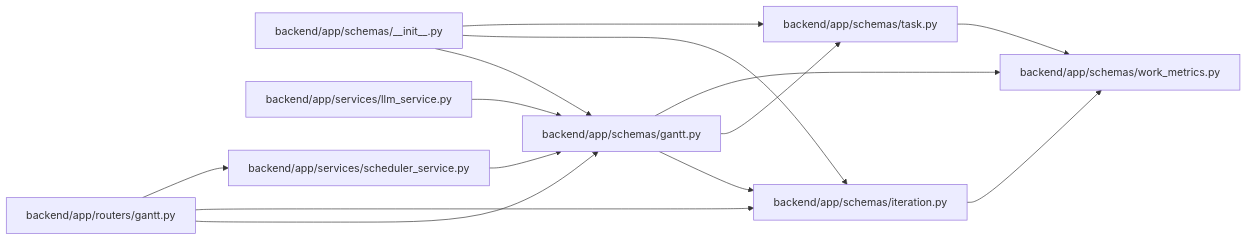
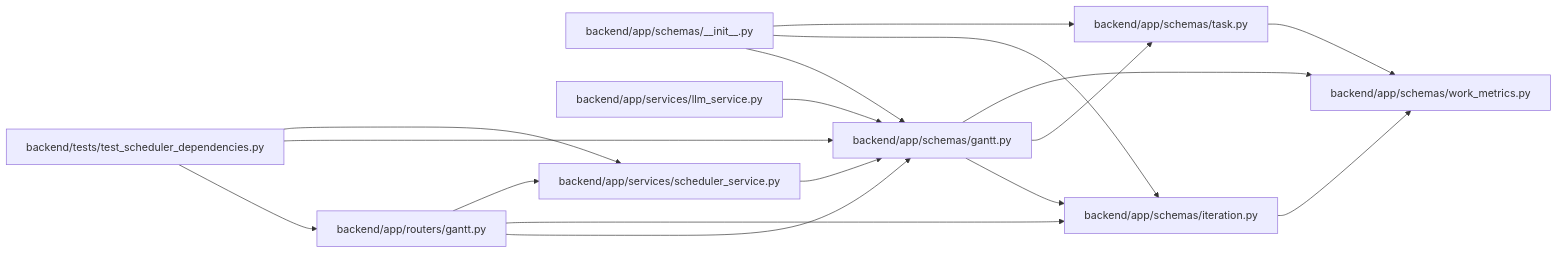
Before and after one commit to Denissvgn/WorkChord: the diagram in docs/llm_wiki/modules/schemas_gantt.md, drawn with Mermaid. The commit also changed other lines of this file and 2373 other files, not shown here.

````diff
--- a/docs/llm_wiki/modules/schemas_gantt.md
+++ b/docs/llm_wiki/modules/schemas_gantt.md
@@ -23,32 +23,37 @@
 ```mermaid
 flowchart LR
     n0["backend/app/routers/gantt.py"]
     n1["backend/app/schemas/__init__.py"]
     n2["backend/app/schemas/gantt.py"]
     n3["backend/app/schemas/iteration.py"]
     n4["backend/app/schemas/task.py"]
     n5["backend/app/schemas/work_metrics.py"]
     n6["backend/app/services/llm_service.py"]
     n7["backend/app/services/scheduler_service.py"]
+    n8["backend/tests/test_scheduler_dependencies.py"]
     n0 --> n2
     n0 --> n3
     n0 --> n7
     n1 --> n2
     n1 --> n3
     n1 --> n4
     n2 --> n3
     n2 --> n4
     n2 --> n5
     n3 --> n5
     n4 --> n5
     n6 --> n2
     n7 --> n2
+    n8 --> n0
+    n8 --> n2
+    n8 --> n7
     click n0 "../modules/routers_gantt.md"
     click n1 "../modules/schemas___init__.md"
     click n2 "../modules/schemas_gantt.md"
     click n3 "../modules/schemas_iteration.md"
     click n4 "../modules/schemas_task.md"
     click n5 "../modules/schemas_work_metrics.md"
     click n6 "../modules/llm_service.md"
     click n7 "../modules/scheduler_service.md"
+    click n8 "../modules/test_scheduler_dependencies.md"
 ```
````
